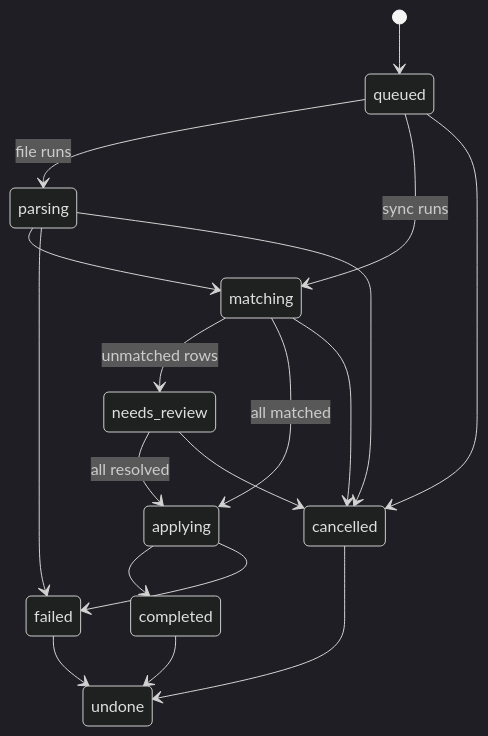
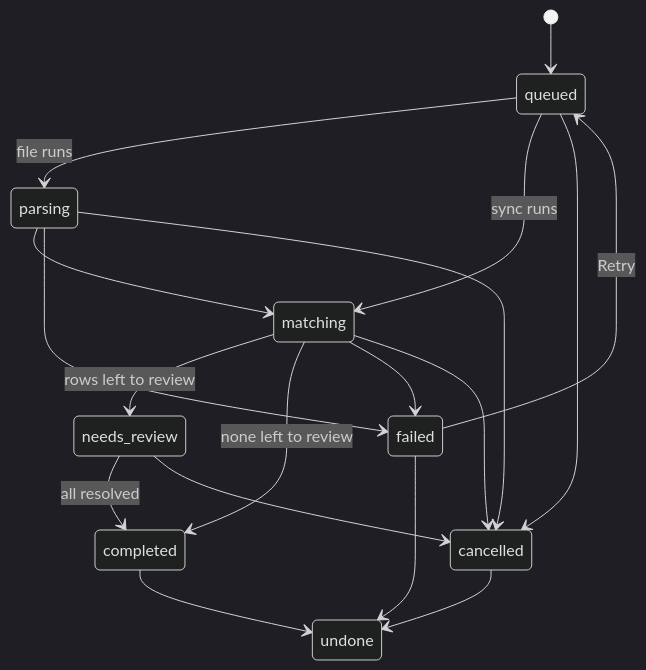
One commit to aellington89/synapse changed the second of 2 diagrams in docs/design/phase-2-ingestion.md. Above: the diagram before and after it, drawn with Mermaid (dark theme). The commit also changed other lines of this file and 1 other file, not shown here.

````diff
--- a/docs/design/phase-2-ingestion.md
+++ b/docs/design/phase-2-ingestion.md
@@ -324,20 +380,20 @@
 ```mermaid
 stateDiagram-v2
   [*] --> queued
   queued --> parsing: file runs
   queued --> matching: sync runs
   parsing --> matching
   parsing --> failed
-  matching --> needs_review: unmatched rows
-  matching --> applying: all matched
-  needs_review --> applying: all resolved
-  applying --> completed
-  applying --> failed
+  matching --> needs_review: rows left to review
+  matching --> completed: none left to review
+  matching --> failed
+  needs_review --> completed: all resolved
+  failed --> queued: Retry
   queued --> cancelled
   parsing --> cancelled
   matching --> cancelled
   needs_review --> cancelled
   completed --> undone
   failed --> undone
   cancelled --> undone
 ```
````
